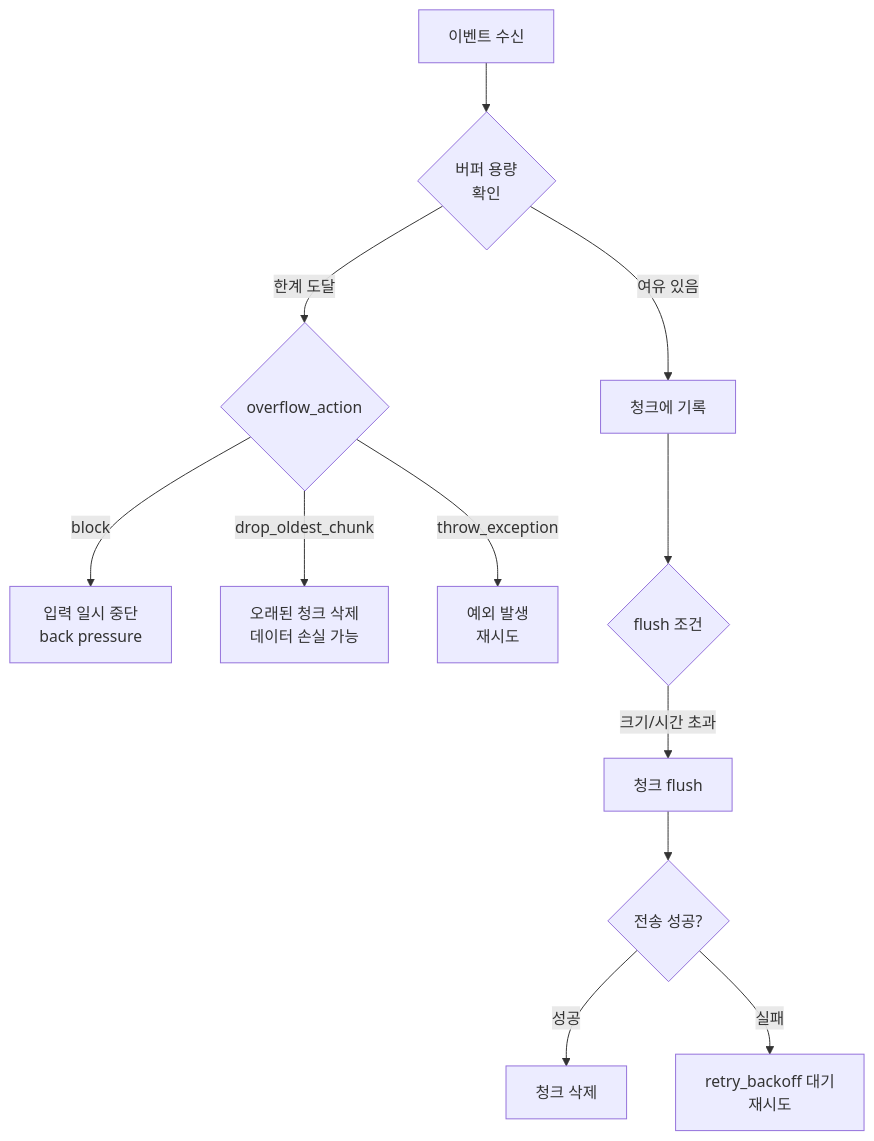
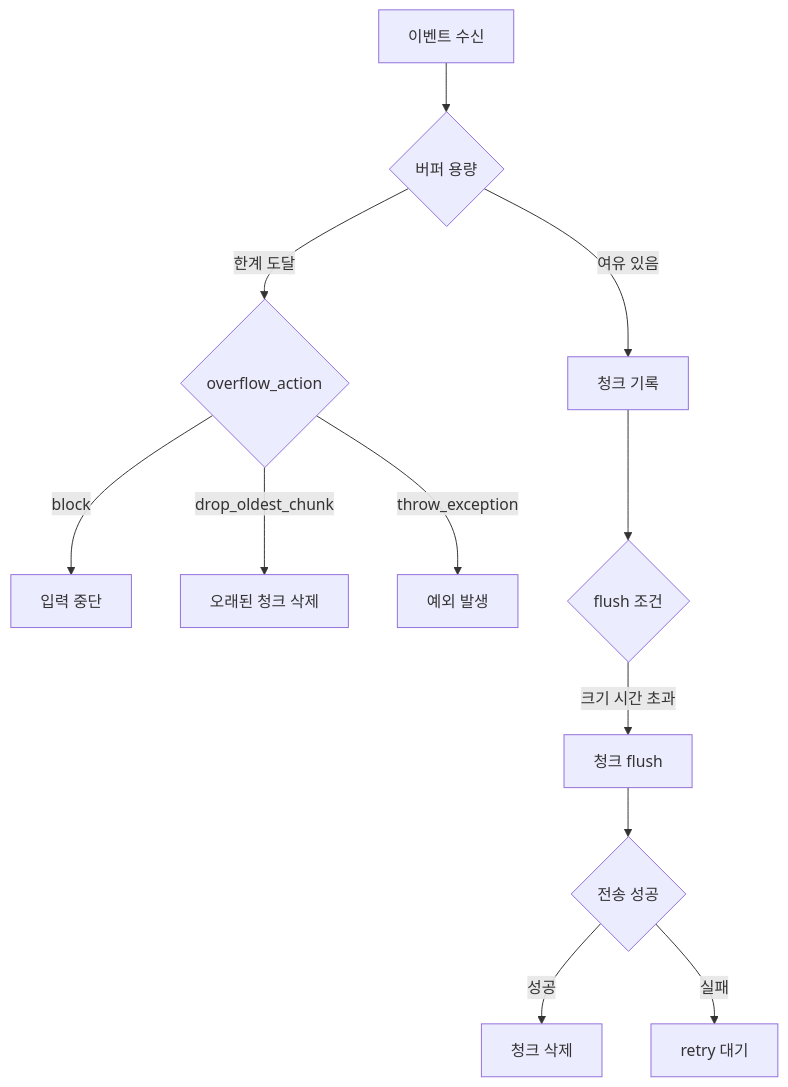
Before and after one commit to moonblueblue/devops-wiki: the third of 12 diagrams in content/linux/logging/log-management.md, drawn with Mermaid. The commit also changed other lines of this file and 12 other files, not shown here.

First line of the commit message:
style: linux 섹션 전체 ASCII art 제거 및 Mermaid 규칙 적용

````diff
--- a/content/linux/logging/log-management.md
+++ b/content/linux/logging/log-management.md
@@ -374,14 +359,14 @@
 ```mermaid
 flowchart TD
-    A[이벤트 수신] --> B{버퍼 용량\n확인}
-    B -- 여유 있음 --> C[청크에 기록]
+    A[이벤트 수신] --> B{버퍼 용량}
+    B -- 여유 있음 --> C[청크 기록]
     B -- 한계 도달 --> D{overflow_action}
-    D -- block --> E[입력 일시 중단\nback pressure]
-    D -- drop_oldest_chunk --> F[오래된 청크 삭제\n데이터 손실 가능]
-    D -- throw_exception --> G[예외 발생\n재시도]
+    D -- block --> E[입력 중단]
+    D -- drop_oldest_chunk --> F[오래된 청크 삭제]
+    D -- throw_exception --> G[예외 발생]
     C --> H{flush 조건}
-    H -- 크기/시간 초과 --> I[청크 flush]
-    I --> J{전송 성공?}
+    H -- 크기 시간 초과 --> I[청크 flush]
+    I --> J{전송 성공}
     J -- 성공 --> K[청크 삭제]
-    J -- 실패 --> L[retry_backoff 대기\n재시도]
+    J -- 실패 --> L[retry 대기]
 ```
````
